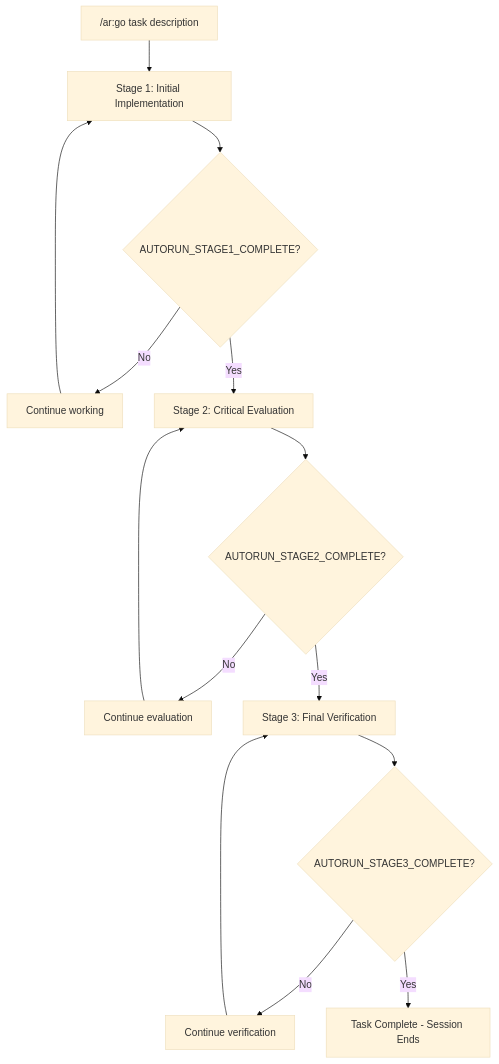
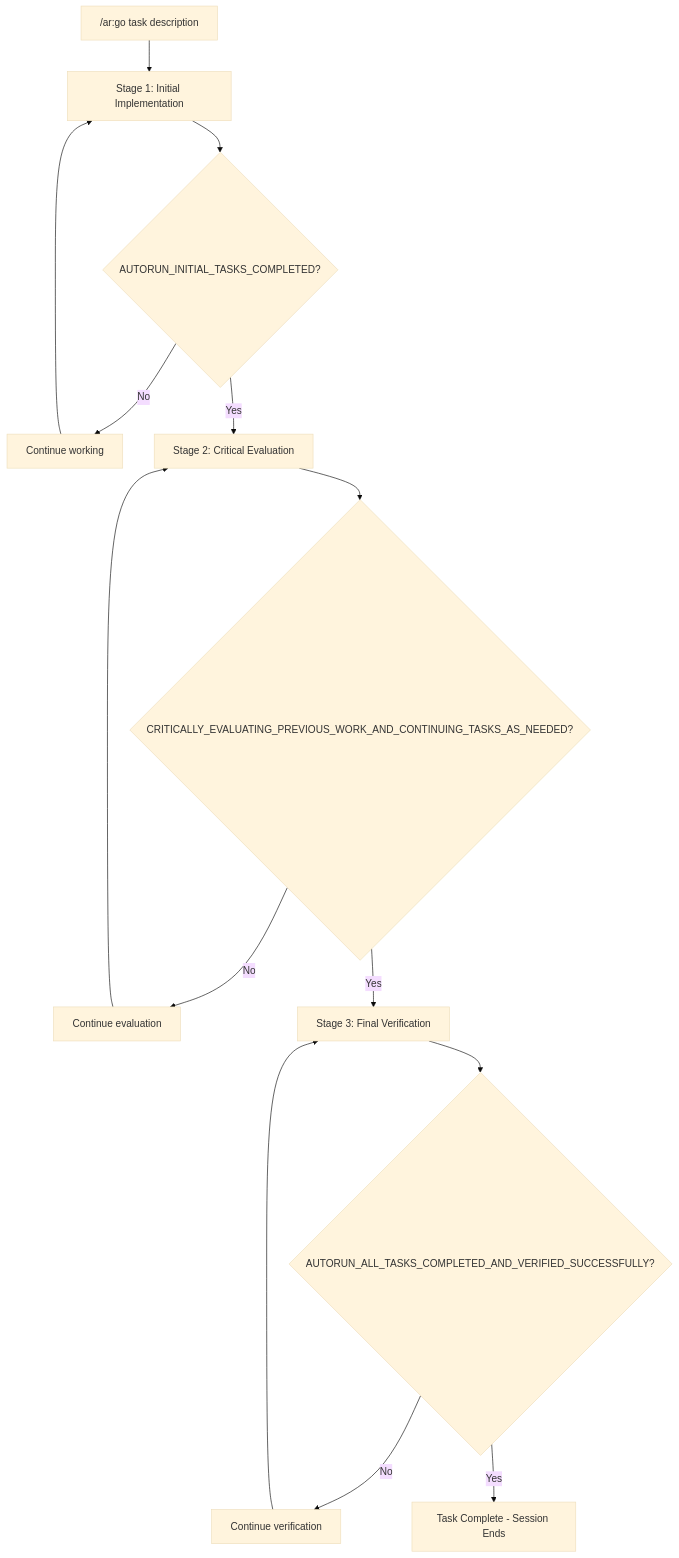
One commit to ahundt/autorun changed the diagram in docs/diagrams/three-stage-autorun.mmd. Above: the diagram before and after it, drawn with Mermaid (base theme). The commit also changed 7 other files, not shown here.

First line of the commit message:
autorun-architecture.mmd,.svg, docs/diagrams: update diagrams, exclude PNGs from repo

```diff
--- a/docs/diagrams/three-stage-autorun.mmd
+++ b/docs/diagrams/three-stage-autorun.mmd
@@ -1,14 +1,14 @@
 graph TD
     A["/ar:go task description"] --> B[Stage 1: Initial Implementation]
-    B --> C{AUTORUN_STAGE1_COMPLETE?}
+    B --> C{AUTORUN_INITIAL_TASKS_COMPLETED?}
     C -->|No| D[Continue working]
     D --> B
     C -->|Yes| E[Stage 2: Critical Evaluation]
-    E --> F{AUTORUN_STAGE2_COMPLETE?}
+    E --> F{CRITICALLY_EVALUATING_PREVIOUS_WORK_AND_CONTINUING_TASKS_AS_NEEDED?}
     F -->|No| G[Continue evaluation]
     G --> E
     F -->|Yes| H[Stage 3: Final Verification]
-    H --> I{AUTORUN_STAGE3_COMPLETE?}
+    H --> I{AUTORUN_ALL_TASKS_COMPLETED_AND_VERIFIED_SUCCESSFULLY?}
     I -->|No| J[Continue verification]
     J --> H
     I -->|Yes| K[Task Complete - Session Ends]
```
